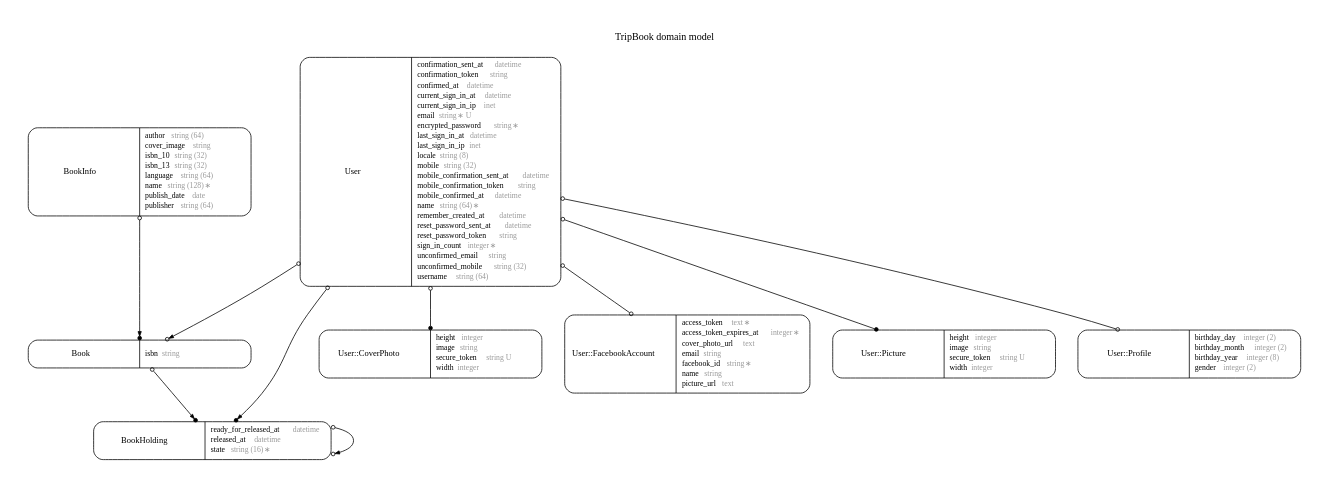
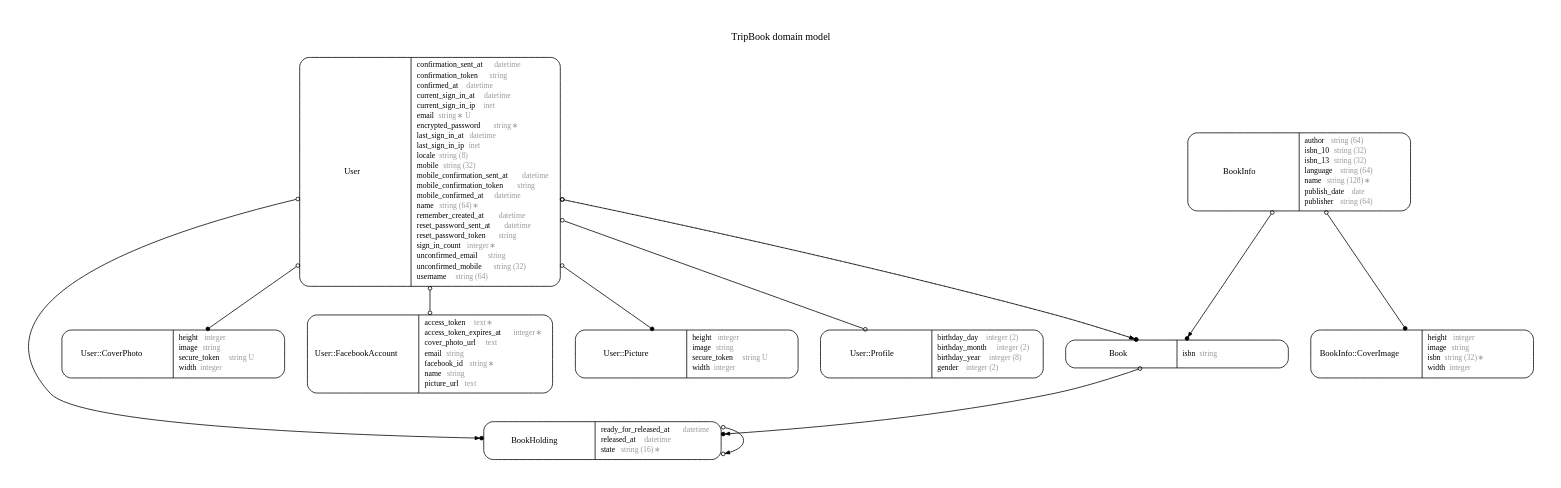
One commit to zetavg/TripBook changed the diagram in erd.dot. Above: the diagram before and after it, drawn with Graphviz. The commit also changed 6 other files, not shown here.

```diff
--- a/erd.dot
+++ b/erd.dot
@@ -1,136 +1,147 @@
 digraph TripBook {
 rankdir = "LR";
 ranksep = "0.5";
 nodesep = "0.4";
 pad = "0.4,0.4";
 margin = "0,0";
 concentrate = "true";
 labelloc = "t";
 fontsize = "13";
 fontname = "Arial BoldMT";
 node[ shape  =  "Mrecord" , fontsize  =  "10" , fontname  =  "ArialMT" , margin  =  "0.07,0.05" , penwidth  =  "1.0"];
 edge[ fontname  =  "ArialMT" , fontsize  =  "7" , dir  =  "both" , arrowsize  =  "0.9" , penwidth  =  "1.0" , labelangle  =  "32" , labeldistance  =  "1.8"];
 rankdir = "TB";
 label = "TripBook domain model\n\n";
 m_Book [label = <<table border="0" align="center" cellspacing="0.5" cellpadding="0" width="134">
   <tr><td align="center" valign="bottom" width="130"><font face="Arial BoldMT" point-size="11">Book</font></td></tr>
 </table>
 |
 <table border="0" align="left" cellspacing="2" cellpadding="0" width="134">
   <tr><td align="left" width="130" port="isbn">isbn <font face="Arial ItalicMT" color="grey60">string</font></td></tr>
 </table>
 >];
 m_BookHolding [label = <<table border="0" align="center" cellspacing="0.5" cellpadding="0" width="134">
   <tr><td align="center" valign="bottom" width="130"><font face="Arial BoldMT" point-size="11">BookHolding</font></td></tr>
 </table>
 |
 <table border="0" align="left" cellspacing="2" cellpadding="0" width="134">
   <tr><td align="left" width="130" port="ready_for_released_at">ready_for_released_at <font face="Arial ItalicMT" color="grey60">datetime</font></td></tr>
   <tr><td align="left" width="130" port="released_at">released_at <font face="Arial ItalicMT" color="grey60">datetime</font></td></tr>
   <tr><td align="left" width="130" port="state">state <font face="Arial ItalicMT" color="grey60">string (16) ∗</font></td></tr>
 </table>
 >];
 m_BookInfo [label = <<table border="0" align="center" cellspacing="0.5" cellpadding="0" width="134">
   <tr><td align="center" valign="bottom" width="130"><font face="Arial BoldMT" point-size="11">BookInfo</font></td></tr>
 </table>
 |
 <table border="0" align="left" cellspacing="2" cellpadding="0" width="134">
   <tr><td align="left" width="130" port="author">author <font face="Arial ItalicMT" color="grey60">string (64)</font></td></tr>
-  <tr><td align="left" width="130" port="cover_image">cover_image <font face="Arial ItalicMT" color="grey60">string</font></td></tr>
   <tr><td align="left" width="130" port="isbn_10">isbn_10 <font face="Arial ItalicMT" color="grey60">string (32)</font></td></tr>
   <tr><td align="left" width="130" port="isbn_13">isbn_13 <font face="Arial ItalicMT" color="grey60">string (32)</font></td></tr>
   <tr><td align="left" width="130" port="language">language <font face="Arial ItalicMT" color="grey60">string (64)</font></td></tr>
   <tr><td align="left" width="130" port="name">name <font face="Arial ItalicMT" color="grey60">string (128) ∗</font></td></tr>
   <tr><td align="left" width="130" port="publish_date">publish_date <font face="Arial ItalicMT" color="grey60">date</font></td></tr>
   <tr><td align="left" width="130" port="publisher">publisher <font face="Arial ItalicMT" color="grey60">string (64)</font></td></tr>
+</table>
+>];
+"m_BookInfo::CoverImage" [label = <<table border="0" align="center" cellspacing="0.5" cellpadding="0" width="134">
+  <tr><td align="center" valign="bottom" width="130"><font face="Arial BoldMT" point-size="11">BookInfo::CoverImage</font></td></tr>
+</table>
+|
+<table border="0" align="left" cellspacing="2" cellpadding="0" width="134">
+  <tr><td align="left" width="130" port="height">height <font face="Arial ItalicMT" color="grey60">integer</font></td></tr>
+  <tr><td align="left" width="130" port="image">image <font face="Arial ItalicMT" color="grey60">string</font></td></tr>
+  <tr><td align="left" width="130" port="isbn">isbn <font face="Arial ItalicMT" color="grey60">string (32) ∗</font></td></tr>
+  <tr><td align="left" width="130" port="width">width <font face="Arial ItalicMT" color="grey60">integer</font></td></tr>
 </table>
 >];
 m_User [label = <<table border="0" align="center" cellspacing="0.5" cellpadding="0" width="134">
   <tr><td align="center" valign="bottom" width="130"><font face="Arial BoldMT" point-size="11">User</font></td></tr>
 </table>
 |
 <table border="0" align="left" cellspacing="2" cellpadding="0" width="134">
   <tr><td align="left" width="130" port="confirmation_sent_at">confirmation_sent_at <font face="Arial ItalicMT" color="grey60">datetime</font></td></tr>
   <tr><td align="left" width="130" port="confirmation_token">confirmation_token <font face="Arial ItalicMT" color="grey60">string</font></td></tr>
   <tr><td align="left" width="130" port="confirmed_at">confirmed_at <font face="Arial ItalicMT" color="grey60">datetime</font></td></tr>
   <tr><td align="left" width="130" port="current_sign_in_at">current_sign_in_at <font face="Arial ItalicMT" color="grey60">datetime</font></td></tr>
   <tr><td align="left" width="130" port="current_sign_in_ip">current_sign_in_ip <font face="Arial ItalicMT" color="grey60">inet</font></td></tr>
   <tr><td align="left" width="130" port="email">email <font face="Arial ItalicMT" color="grey60">string ∗ U</font></td></tr>
   <tr><td align="left" width="130" port="encrypted_password">encrypted_password <font face="Arial ItalicMT" color="grey60">string ∗</font></td></tr>
   <tr><td align="left" width="130" port="last_sign_in_at">last_sign_in_at <font face="Arial ItalicMT" color="grey60">datetime</font></td></tr>
   <tr><td align="left" width="130" port="last_sign_in_ip">last_sign_in_ip <font face="Arial ItalicMT" color="grey60">inet</font></td></tr>
   <tr><td align="left" width="130" port="locale">locale <font face="Arial ItalicMT" color="grey60">string (8)</font></td></tr>
   <tr><td align="left" width="130" port="mobile">mobile <font face="Arial ItalicMT" color="grey60">string (32)</font></td></tr>
   <tr><td align="left" width="130" port="mobile_confirmation_sent_at">mobile_confirmation_sent_at <font face="Arial ItalicMT" color="grey60">datetime</font></td></tr>
   <tr><td align="left" width="130" port="mobile_confirmation_token">mobile_confirmation_token <font face="Arial ItalicMT" color="grey60">string</font></td></tr>
   <tr><td align="left" width="130" port="mobile_confirmed_at">mobile_confirmed_at <font face="Arial ItalicMT" color="grey60">datetime</font></td></tr>
   <tr><td align="left" width="130" port="name">name <font face="Arial ItalicMT" color="grey60">string (64) ∗</font></td></tr>
   <tr><td align="left" width="130" port="remember_created_at">remember_created_at <font face="Arial ItalicMT" color="grey60">datetime</font></td></tr>
   <tr><td align="left" width="130" port="reset_password_sent_at">reset_password_sent_at <font face="Arial ItalicMT" color="grey60">datetime</font></td></tr>
   <tr><td align="left" width="130" port="reset_password_token">reset_password_token <font face="Arial ItalicMT" color="grey60">string</font></td></tr>
   <tr><td align="left" width="130" port="sign_in_count">sign_in_count <font face="Arial ItalicMT" color="grey60">integer ∗</font></td></tr>
   <tr><td align="left" width="130" port="unconfirmed_email">unconfirmed_email <font face="Arial ItalicMT" color="grey60">string</font></td></tr>
   <tr><td align="left" width="130" port="unconfirmed_mobile">unconfirmed_mobile <font face="Arial ItalicMT" color="grey60">string (32)</font></td></tr>
   <tr><td align="left" width="130" port="username">username <font face="Arial ItalicMT" color="grey60">string (64)</font></td></tr>
 </table>
 >];
 "m_User::CoverPhoto" [label = <<table border="0" align="center" cellspacing="0.5" cellpadding="0" width="134">
   <tr><td align="center" valign="bottom" width="130"><font face="Arial BoldMT" point-size="11">User::CoverPhoto</font></td></tr>
 </table>
 |
 <table border="0" align="left" cellspacing="2" cellpadding="0" width="134">
   <tr><td align="left" width="130" port="height">height <font face="Arial ItalicMT" color="grey60">integer</font></td></tr>
   <tr><td align="left" width="130" port="image">image <font face="Arial ItalicMT" color="grey60">string</font></td></tr>
   <tr><td align="left" width="130" port="secure_token">secure_token <font face="Arial ItalicMT" color="grey60">string U</font></td></tr>
   <tr><td align="left" width="130" port="width">width <font face="Arial ItalicMT" color="grey60">integer</font></td></tr>
 </table>
 >];
 "m_User::FacebookAccount" [label = <<table border="0" align="center" cellspacing="0.5" cellpadding="0" width="134">
   <tr><td align="center" valign="bottom" width="130"><font face="Arial BoldMT" point-size="11">User::FacebookAccount</font></td></tr>
 </table>
 |
 <table border="0" align="left" cellspacing="2" cellpadding="0" width="134">
   <tr><td align="left" width="130" port="access_token">access_token <font face="Arial ItalicMT" color="grey60">text ∗</font></td></tr>
   <tr><td align="left" width="130" port="access_token_expires_at">access_token_expires_at <font face="Arial ItalicMT" color="grey60">integer ∗</font></td></tr>
   <tr><td align="left" width="130" port="cover_photo_url">cover_photo_url <font face="Arial ItalicMT" color="grey60">text</font></td></tr>
   <tr><td align="left" width="130" port="email">email <font face="Arial ItalicMT" color="grey60">string</font></td></tr>
   <tr><td align="left" width="130" port="facebook_id">facebook_id <font face="Arial ItalicMT" color="grey60">string ∗</font></td></tr>
   <tr><td align="left" width="130" port="name">name <font face="Arial ItalicMT" color="grey60">string</font></td></tr>
   <tr><td align="left" width="130" port="picture_url">picture_url <font face="Arial ItalicMT" color="grey60">text</font></td></tr>
 </table>
 >];
 "m_User::Picture" [label = <<table border="0" align="center" cellspacing="0.5" cellpadding="0" width="134">
   <tr><td align="center" valign="bottom" width="130"><font face="Arial BoldMT" point-size="11">User::Picture</font></td></tr>
 </table>
 |
 <table border="0" align="left" cellspacing="2" cellpadding="0" width="134">
   <tr><td align="left" width="130" port="height">height <font face="Arial ItalicMT" color="grey60">integer</font></td></tr>
   <tr><td align="left" width="130" port="image">image <font face="Arial ItalicMT" color="grey60">string</font></td></tr>
   <tr><td align="left" width="130" port="secure_token">secure_token <font face="Arial ItalicMT" color="grey60">string U</font></td></tr>
   <tr><td align="left" width="130" port="width">width <font face="Arial ItalicMT" color="grey60">integer</font></td></tr>
 </table>
 >];
 "m_User::Profile" [label = <<table border="0" align="center" cellspacing="0.5" cellpadding="0" width="134">
   <tr><td align="center" valign="bottom" width="130"><font face="Arial BoldMT" point-size="11">User::Profile</font></td></tr>
 </table>
 |
 <table border="0" align="left" cellspacing="2" cellpadding="0" width="134">
   <tr><td align="left" width="130" port="birthday_day">birthday_day <font face="Arial ItalicMT" color="grey60">integer (2)</font></td></tr>
   <tr><td align="left" width="130" port="birthday_month">birthday_month <font face="Arial ItalicMT" color="grey60">integer (2)</font></td></tr>
   <tr><td align="left" width="130" port="birthday_year">birthday_year <font face="Arial ItalicMT" color="grey60">integer (8)</font></td></tr>
   <tr><td align="left" width="130" port="gender">gender <font face="Arial ItalicMT" color="grey60">integer (2)</font></td></tr>
 </table>
 >];
+  m_BookInfo -> "m_BookInfo::CoverImage" [arrowsize = "0.6", arrowhead = "dot", arrowtail = "odot", weight = "2"];
+  m_BookInfo -> m_Book [arrowsize = "0.6", arrowhead = "dotnormal", arrowtail = "odot", weight = "2"];
   m_User -> "m_User::Profile" [arrowsize = "0.6", arrowhead = "odot", arrowtail = "odot", weight = "2"];
   m_User -> "m_User::Picture" [arrowsize = "0.6", arrowhead = "dot", arrowtail = "odot", weight = "2"];
   m_User -> "m_User::CoverPhoto" [arrowsize = "0.6", arrowhead = "dot", arrowtail = "odot", weight = "2"];
   m_User -> m_Book [arrowsize = "0.6", arrowhead = "dotnormal", arrowtail = "odot", weight = "2"];
   m_User -> m_BookHolding [arrowsize = "0.6", arrowhead = "dotnormal", arrowtail = "odot", weight = "3"];
   m_User -> m_Book [style = "dotted", arrowsize = "0.6", arrowhead = "odotnormal", arrowtail = "odot", weight = "2", constraint = "false"];
   m_User -> m_Book [style = "dotted", arrowsize = "0.6", arrowhead = "odotnormal", arrowtail = "odot", weight = "1", constraint = "false"];
   m_User -> "m_User::FacebookAccount" [arrowsize = "0.6", arrowhead = "odot", arrowtail = "odot", weight = "2"];
   m_Book -> m_BookHolding [arrowsize = "0.6", arrowhead = "dotnormal", arrowtail = "odot", weight = "3"];
   m_Book -> m_User [style = "dotted", arrowsize = "0.6", arrowhead = "odot", arrowtail = "odot", weight = "1", constraint = "false"];
-  m_BookInfo -> m_Book [arrowsize = "0.6", arrowhead = "dotnormal", arrowtail = "odot", weight = "2"];
   m_BookHolding -> m_BookHolding [arrowsize = "0.6", arrowhead = "odotnormal", arrowtail = "odot", weight = "1"];
 }
```
